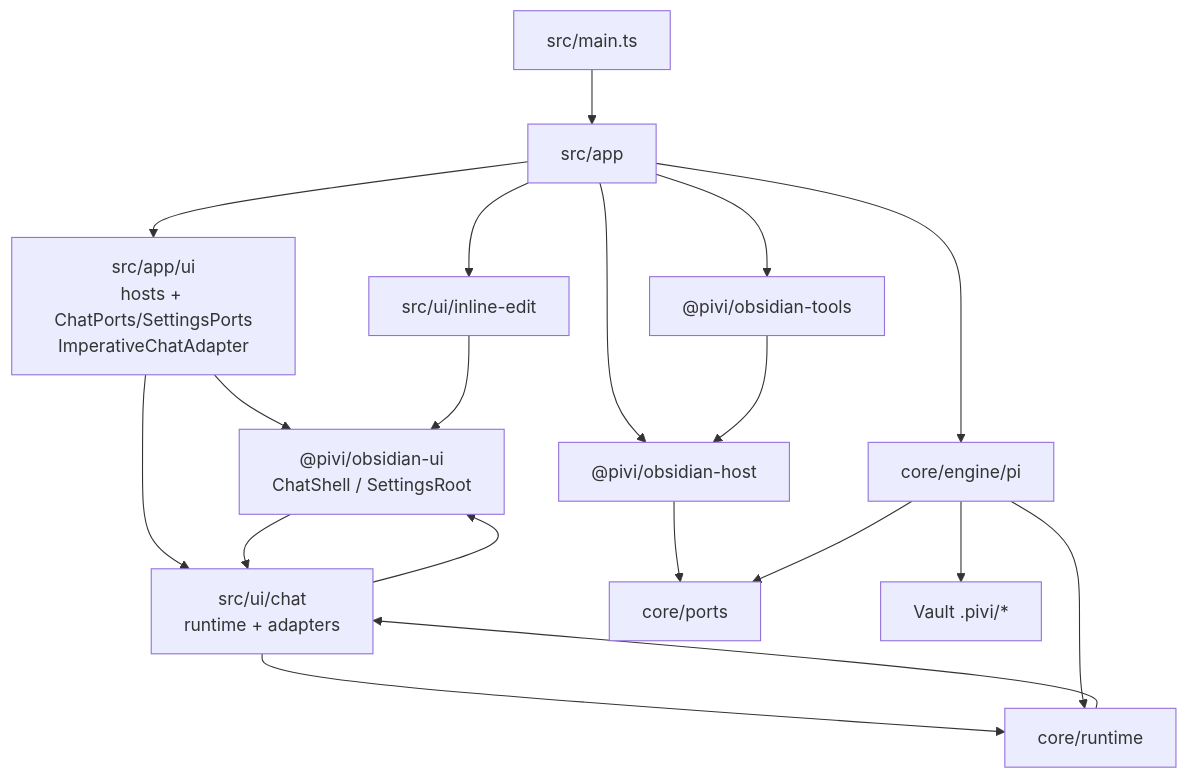
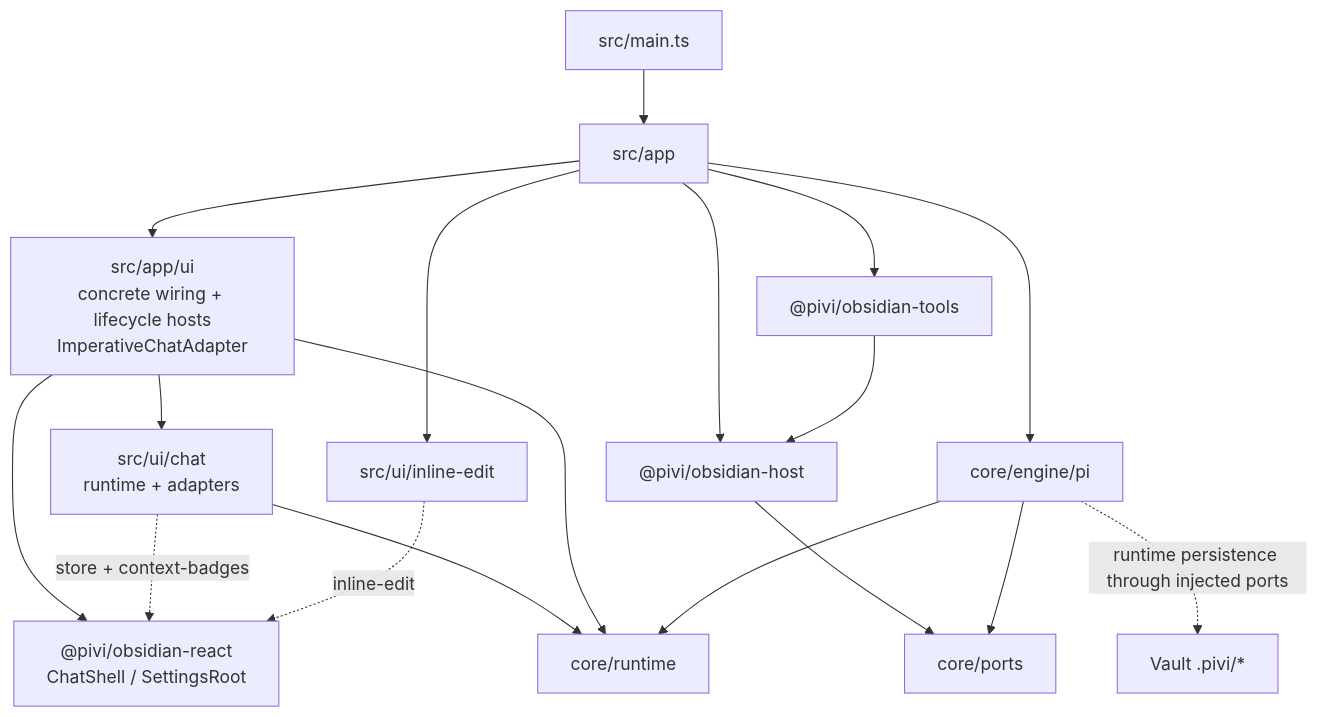
The second of 4 diagrams in AGENTS.md (shuuul/obsidian-pivi), drawn with Mermaid before and after one commit. The commit also changed other lines of this file and 335 other files, not shown here.

First line of the commit message:
refactor(architecture): enforce package and UI boundaries

````diff
--- a/AGENTS.md
+++ b/AGENTS.md
@@ -163,21 +163,20 @@
 ```mermaid
 flowchart TD
   Main["src/main.ts"] --> App["src/app"]
-  App --> AppUI["src/app/ui<br/>hosts + ChatPorts/SettingsPorts<br/>ImperativeChatAdapter"]
-  AppUI --> ReactUI["@pivi/obsidian-ui<br/>ChatShell / SettingsRoot"]
+  App --> AppUI["src/app/ui<br/>concrete wiring + lifecycle hosts<br/>ImperativeChatAdapter"]
+  AppUI --> ReactUI["@pivi/obsidian-react<br/>ChatShell / SettingsRoot"]
   AppUI --> Chat["src/ui/chat<br/>runtime + adapters"]
   App --> Inline["src/ui/inline-edit"]
-  Chat --> ReactUI
-  ReactUI --> Chat
-  Inline --> ReactUI
+  Chat -. "store + context-badges" .-> ReactUI
+  Inline -. "inline-edit" .-> ReactUI
   App --> Engine["core/engine/pi"]
   Chat --> RuntimeContracts["core/runtime"]
   App --> ToolsPkg["@pivi/obsidian-tools"]
   App --> HostPkg["@pivi/obsidian-host"]
+  AppUI --> RuntimeContracts
   ToolsPkg --> HostPkg
   HostPkg --> Ports["core/ports"]
   Engine --> Ports
   Engine --> RuntimeContracts
-  RuntimeContracts --> Chat
-  Engine --> Vault["Vault .pivi/*"]
+  Engine -. "runtime persistence through injected ports" .-> Vault["Vault .pivi/*"]
 ```
````
